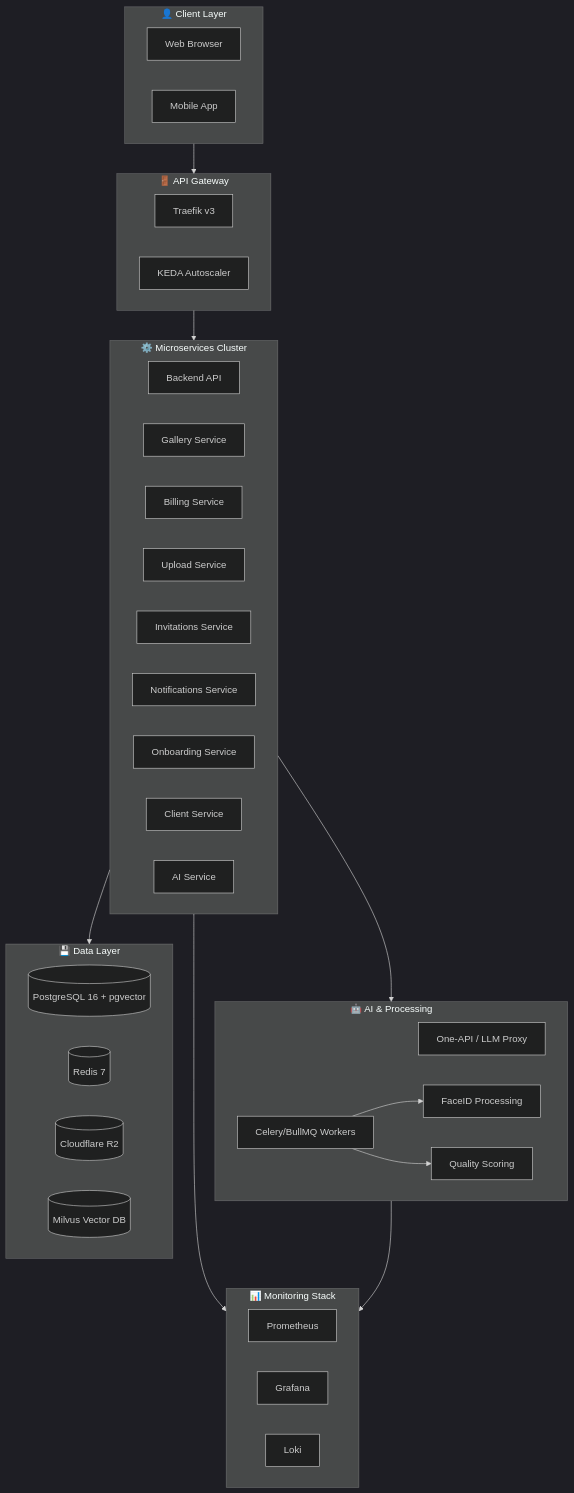
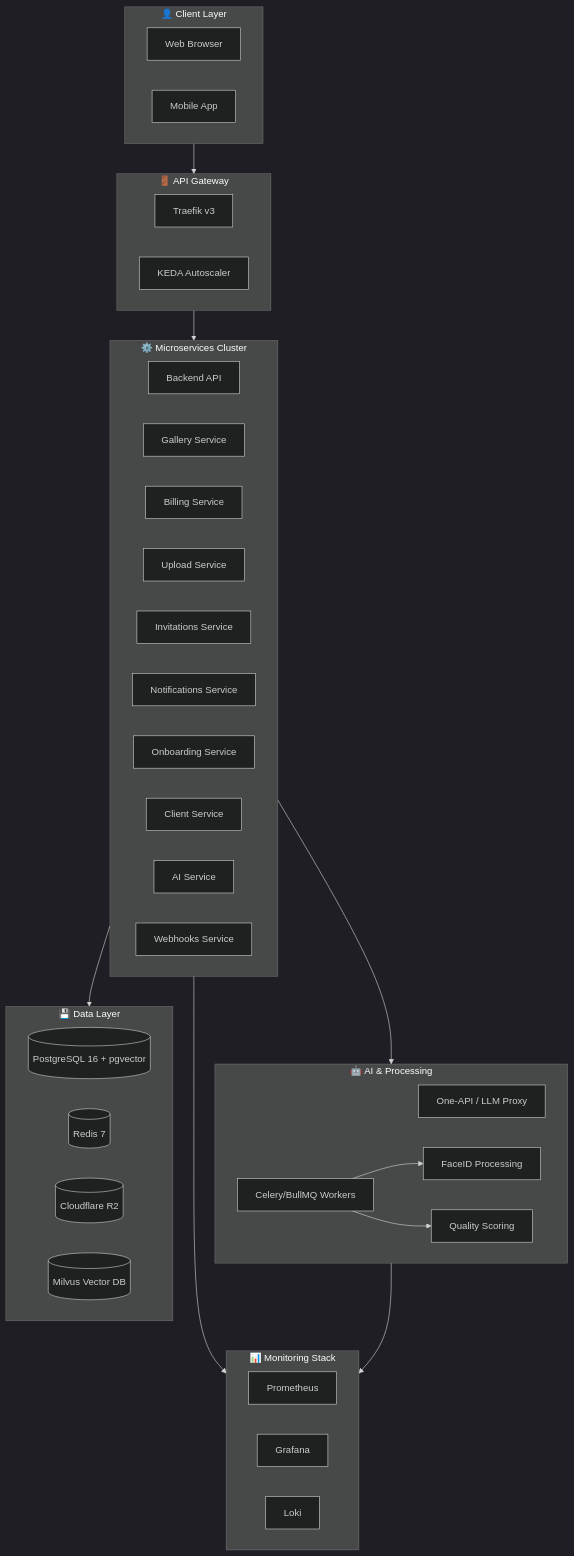
The diagram in docs/ARCHITECTURE_QUICK_REFERENCE.md (veerababumanyam/RawDrive), drawn with Mermaid (dark theme) before and after one commit. The commit also changed other lines of this file and 235 other files, not shown here.

First line of the commit message:
chore(release): v0.3.2 - Personal Profiles, Webhooks Service, Workspace Settings

````diff
--- a/docs/ARCHITECTURE_QUICK_REFERENCE.md
+++ b/docs/ARCHITECTURE_QUICK_REFERENCE.md
@@ -9,49 +9,50 @@
 ```mermaid
 flowchart TB
     subgraph Clients["👤 Client Layer"]
         Web[Web Browser]
         Mobile[Mobile App]
     end
 
     subgraph Gateway["🚪 API Gateway"]
         Traefik[Traefik v3]
         KEDA[KEDA Autoscaler]
     end
 
     subgraph Backend["⚙️ Microservices Cluster"]
         ServiceA[Backend API]
         ServiceB[Gallery Service]
         ServiceC[Billing Service]
         ServiceD[Upload Service]
         ServiceE[Invitations Service]
         ServiceF[Notifications Service]
         ServiceG[Onboarding Service]
         ServiceH[Client Service]
         ServiceI[AI Service]
+        ServiceJ[Webhooks Service]
     end
 
     subgraph Processing["🤖 AI & Processing"]
         OneAPI[One-API / LLM Proxy]
         Workers[Celery/BullMQ Workers]
         Workers --> Face[FaceID Processing]
         Workers --> Quality[Quality Scoring]
     end
 
     subgraph Data["💾 Data Layer"]
         PG[(PostgreSQL 16 + pgvector)]
         Redis[(Redis 7)]
         R2[(Cloudflare R2)]
         Milvus[(Milvus Vector DB)]
     end
 
     subgraph Observability["📊 Monitoring Stack"]
         Prom[Prometheus]
         Grafana[Grafana]
         Loki[Loki]
     end
 
     Clients --> Gateway --> Backend
     Backend --> Processing
     Backend --> Data
     Backend & Processing --> Observability
 ```
````
